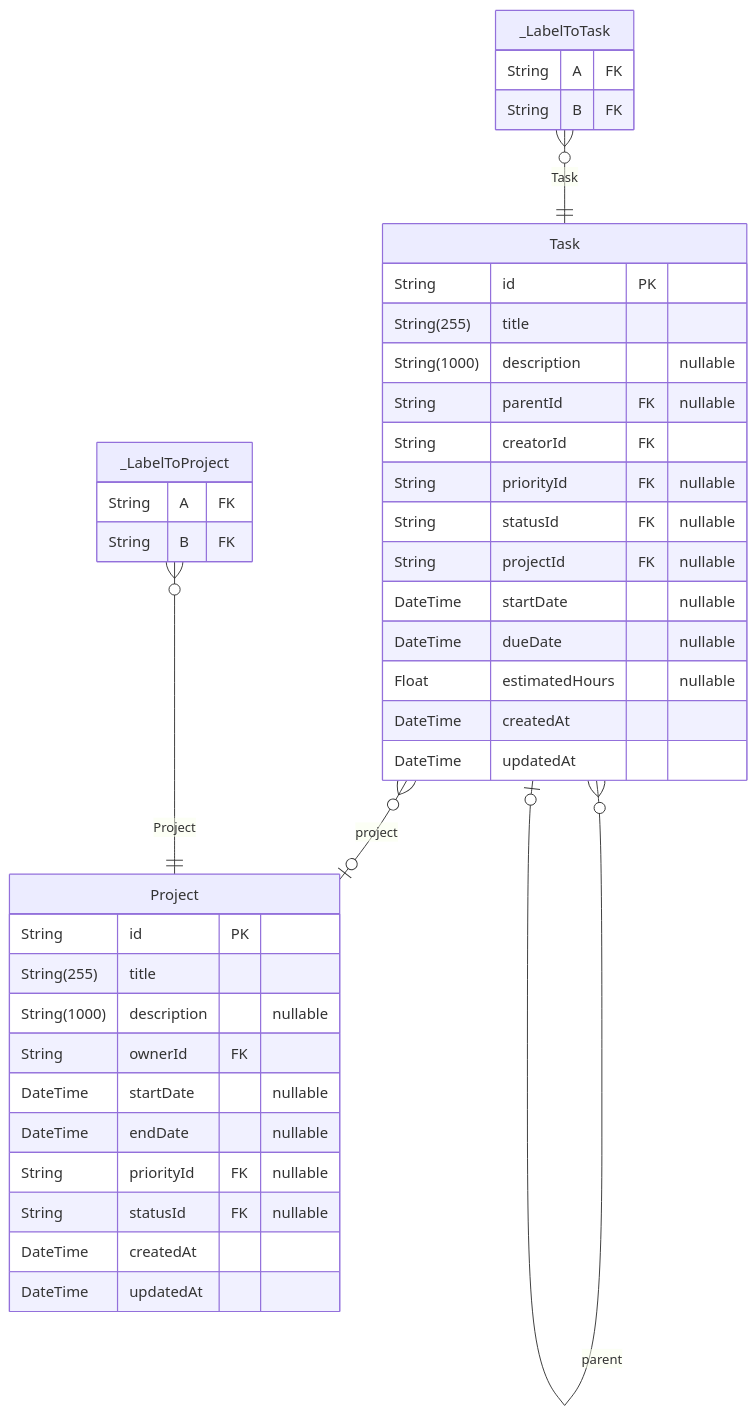
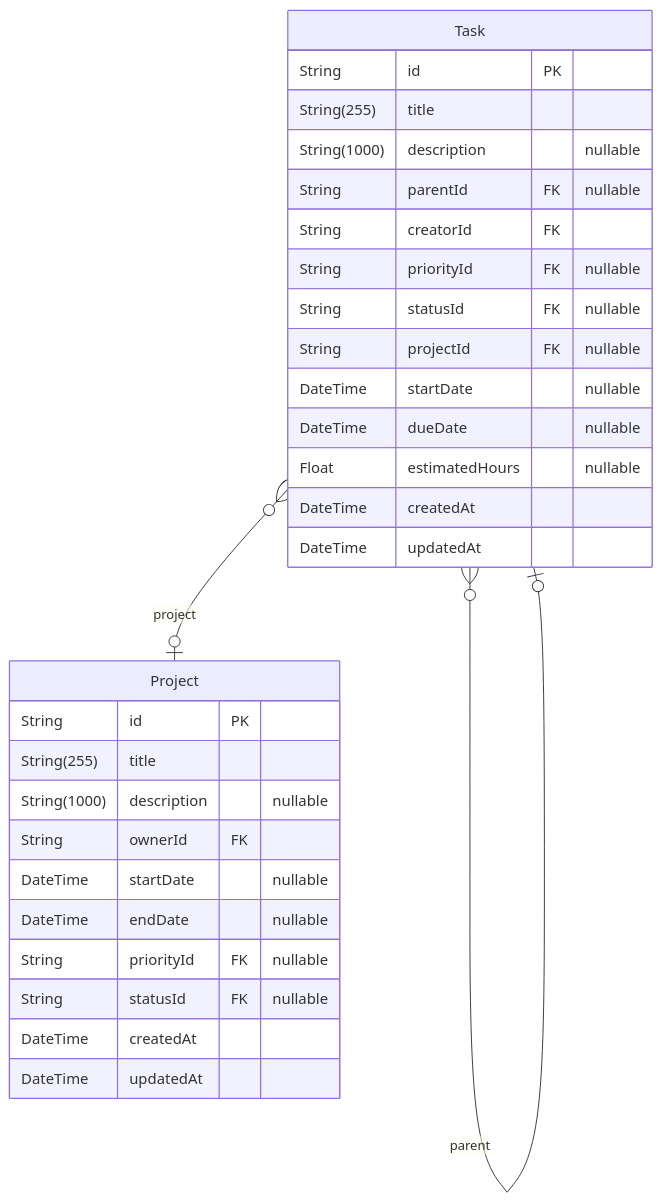
The third of 6 diagrams in docs/database-schema.md (MaquestiauxLabs/demo-react-taskmanager), drawn with Mermaid before and after one commit. The commit also changed other lines of this file and 8 other files, not shown here.

````diff
--- a/docs/database-schema.md
+++ b/docs/database-schema.md
@@ -136,42 +108,32 @@
 ```mermaid
 erDiagram
 "Project" {
   String id PK
   String(255) title
   String(1000) description "nullable"
   String ownerId FK
   DateTime startDate "nullable"
   DateTime endDate "nullable"
   String priorityId FK "nullable"
   String statusId FK "nullable"
   DateTime createdAt
   DateTime updatedAt
 }
 "Task" {
   String id PK
   String(255) title
   String(1000) description "nullable"
   String parentId FK "nullable"
   String creatorId FK
   String priorityId FK "nullable"
   String statusId FK "nullable"
   String projectId FK "nullable"
   DateTime startDate "nullable"
   DateTime dueDate "nullable"
   Float estimatedHours "nullable"
   DateTime createdAt
   DateTime updatedAt
 }
-"_LabelToTask" {
-  String A FK
-  String B FK
-}
-"_LabelToProject" {
-  String A FK
-  String B FK
-}
 "Task" }o--o| "Task" : parent
 "Task" }o--o| "Project" : project
-"_LabelToTask" }o--|| "Task" : Task
-"_LabelToProject" }o--|| "Project" : Project
 ```
````
